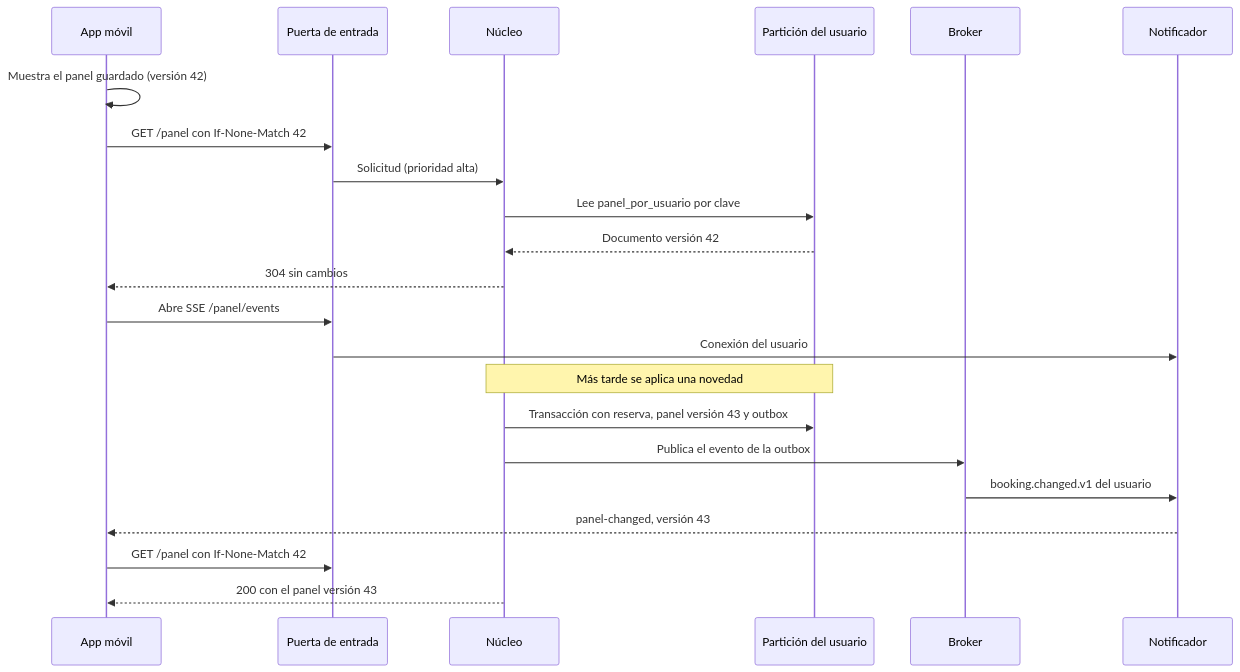
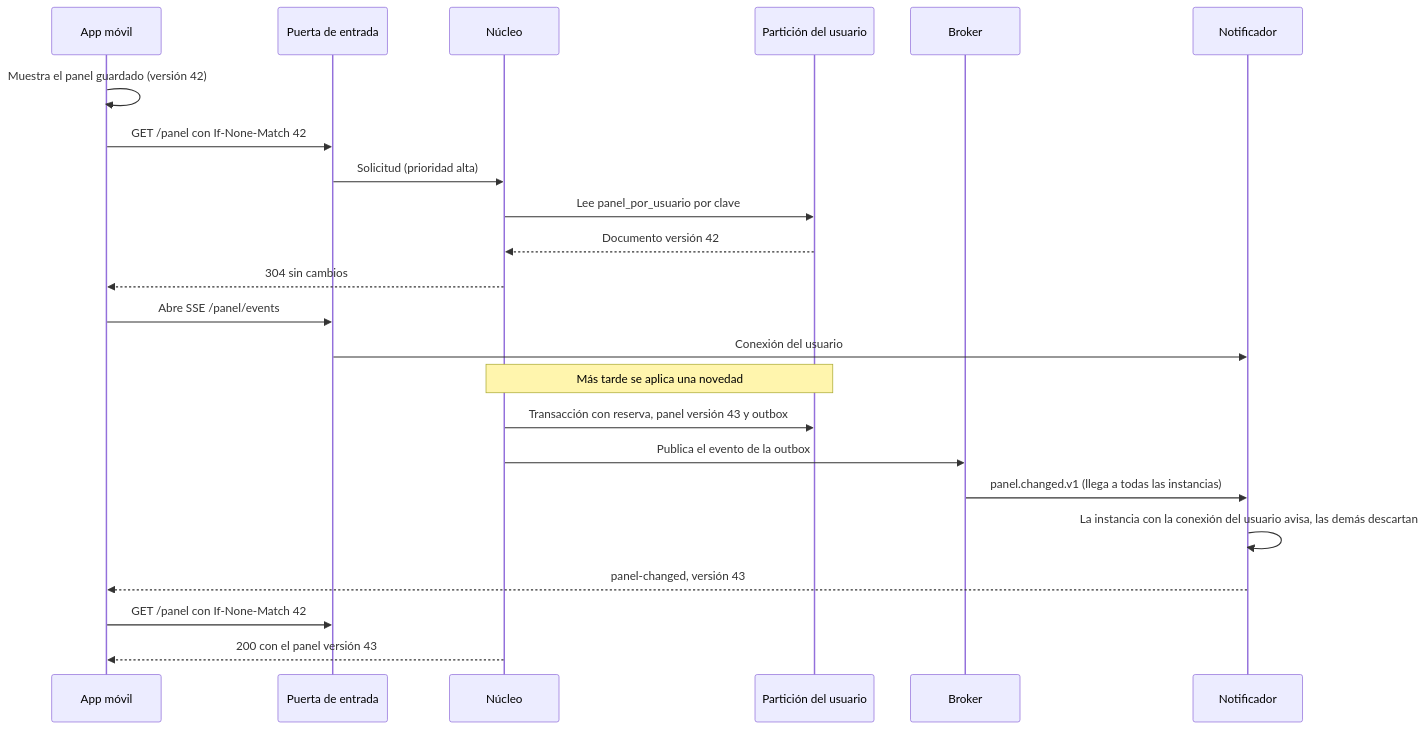
One commit to TadeoBrun1/TPE_software changed the first of 3 diagrams in trotamundos/docs/02-views/sequence-views.md. Above: the diagram before and after it, drawn with Mermaid. The commit also changed other lines of this file and 33 other files, not shown here.

````diff
--- a/trotamundos/docs/02-views/sequence-views.md
+++ b/trotamundos/docs/02-views/sequence-views.md
@@ -29,24 +29,25 @@
 ```mermaid
 sequenceDiagram
     participant App as App móvil
     participant G as Puerta de entrada
     participant N as Núcleo
     participant DB as Partición del usuario
     participant B as Broker
     participant NT as Notificador
     App->>App: Muestra el panel guardado (versión 42)
     App->>G: GET /panel con If-None-Match 42
     G->>N: Solicitud (prioridad alta)
     N->>DB: Lee panel_por_usuario por clave
     DB-->>N: Documento versión 42
     N-->>App: 304 sin cambios
     App->>G: Abre SSE /panel/events
     G->>NT: Conexión del usuario
     Note over N,DB: Más tarde se aplica una novedad
     N->>DB: Transacción con reserva, panel versión 43 y outbox
     N->>B: Publica el evento de la outbox
-    B->>NT: booking.changed.v1 del usuario
+    B->>NT: panel.changed.v1 (llega a todas las instancias)
+    NT->>NT: La instancia con la conexión del usuario avisa, las demás descartan
     NT-->>App: panel-changed, versión 43
     App->>G: GET /panel con If-None-Match 42
     N-->>App: 200 con el panel versión 43
 ```
````
